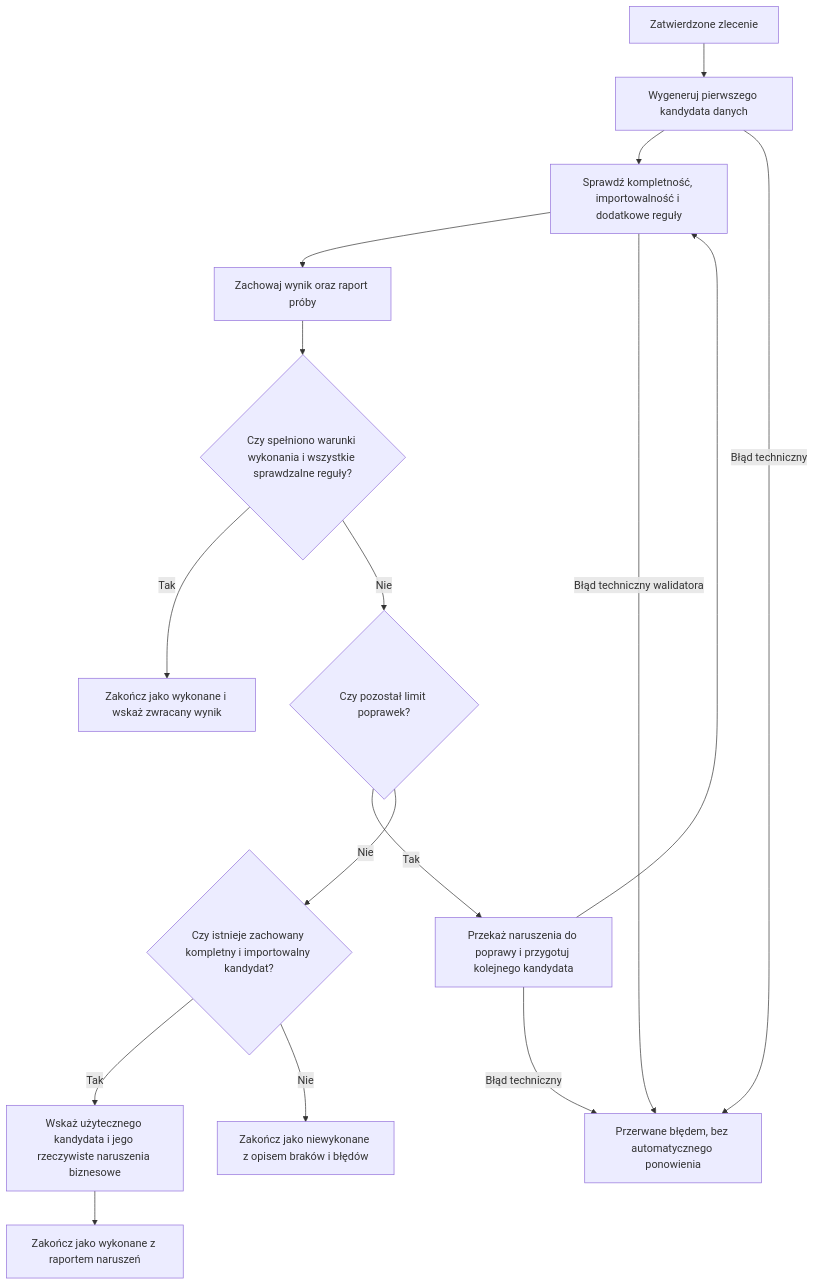
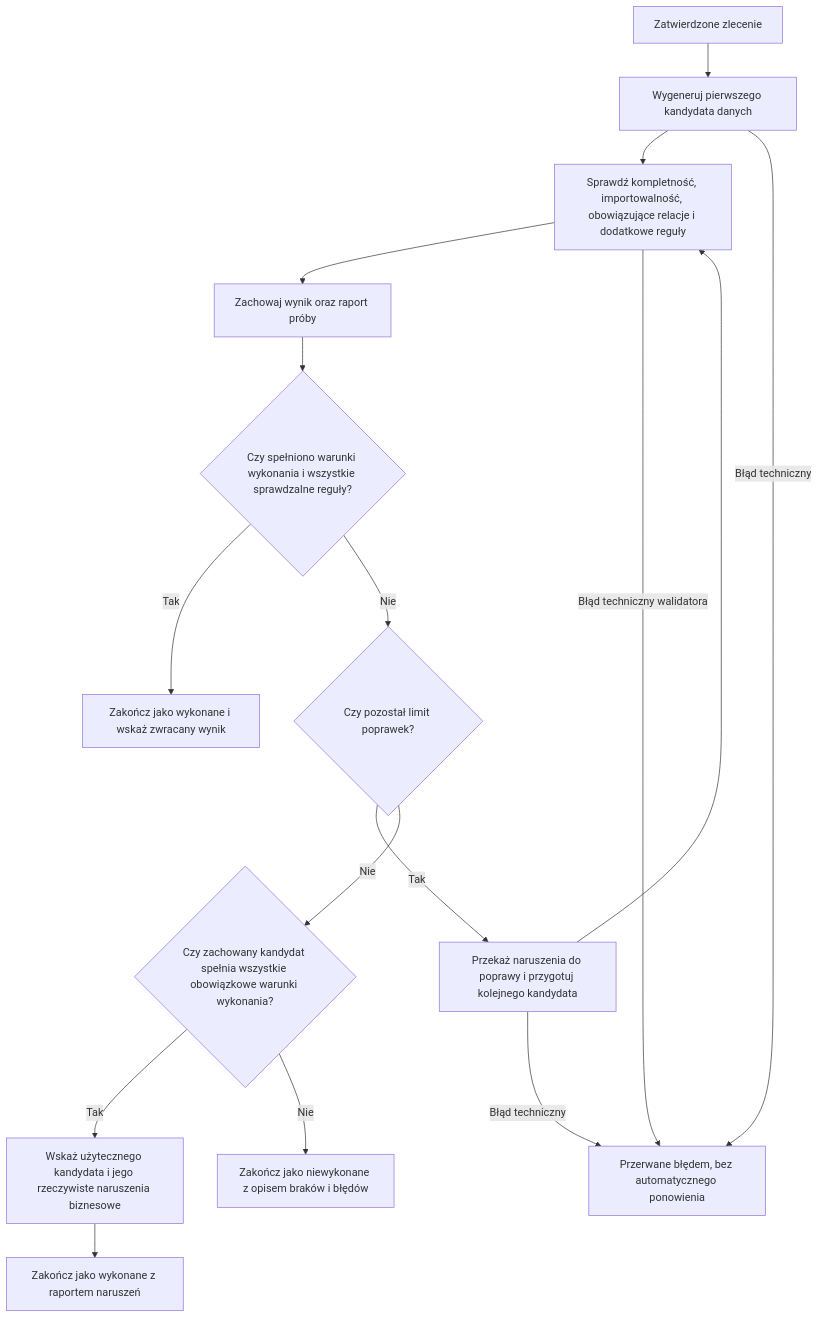
Before and after one commit to jwieczor03/mgr-llm-data-generator: the third of 4 diagrams in docs/przeplywy_funkcjonalne.md, drawn with Mermaid. The commit also changed other lines of this file and 14 other files, not shown here.

````diff
--- a/docs/przeplywy_funkcjonalne.md
+++ b/docs/przeplywy_funkcjonalne.md
@@ -64,18 +66,18 @@
 ```mermaid
 flowchart TD
     A["Zatwierdzone zlecenie"] --> B["Wygeneruj pierwszego kandydata danych"]
-    B --> C["Sprawdź kompletność, importowalność i dodatkowe reguły"]
+    B --> C["Sprawdź kompletność, importowalność, obowiązujące relacje i dodatkowe reguły"]
     C --> D["Zachowaj wynik oraz raport próby"]
     D --> E{"Czy spełniono warunki wykonania i wszystkie sprawdzalne reguły?"}
     E -->|"Tak"| F["Zakończ jako wykonane i wskaż zwracany wynik"]
     E -->|"Nie"| G{"Czy pozostał limit poprawek?"}
     G -->|"Tak"| H["Przekaż naruszenia do poprawy i przygotuj kolejnego kandydata"]
     H --> C
-    G -->|"Nie"| I{"Czy istnieje zachowany kompletny i importowalny kandydat?"}
+    G -->|"Nie"| I{"Czy zachowany kandydat spełnia wszystkie obowiązkowe warunki wykonania?"}
     I -->|"Tak"| J["Wskaż użytecznego kandydata i jego rzeczywiste naruszenia biznesowe"]
     J --> K["Zakończ jako wykonane z raportem naruszeń"]
     I -->|"Nie"| L["Zakończ jako niewykonane z opisem braków i błędów"]
     B -->|"Błąd techniczny"| M["Przerwane błędem, bez automatycznego ponowienia"]
     C -->|"Błąd techniczny walidatora"| M
     H -->|"Błąd techniczny"| M
 ```
````
